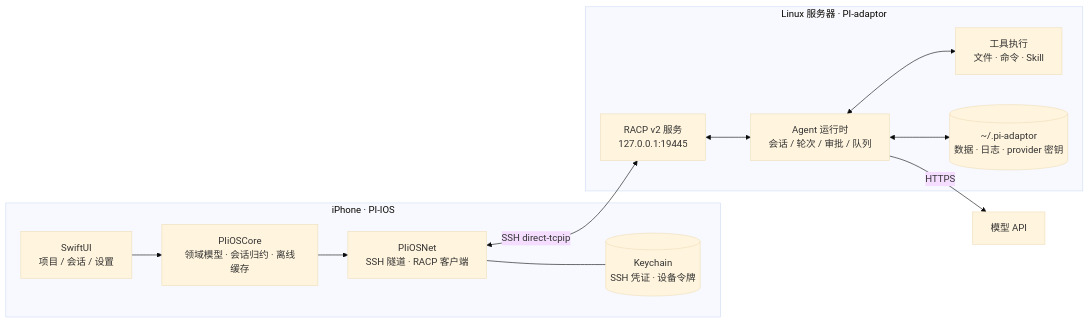
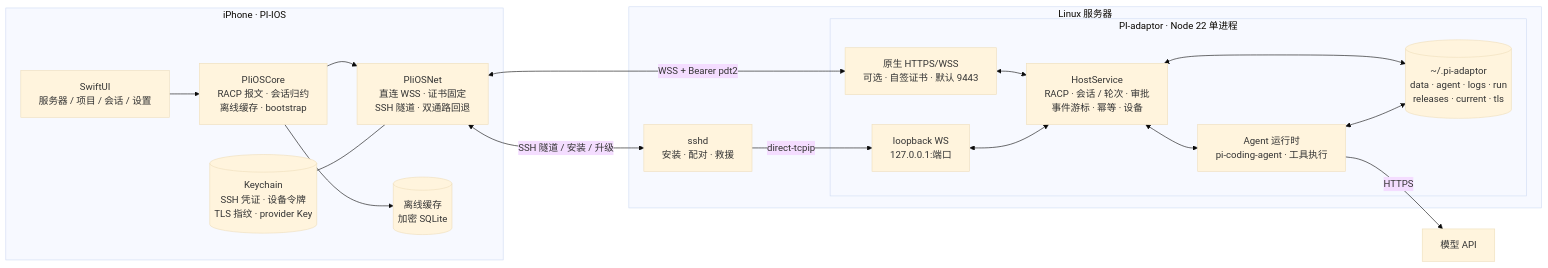
Before and after one commit to RuidongWang/PI-IOS: the first of 2 diagrams in README.md, drawn with Mermaid (base theme). The commit also changed other lines of this file and 26 other files, not shown here.

````diff
--- a/README.md
+++ b/README.md
@@ -47,26 +50,37 @@
 ```mermaid
 flowchart LR
     subgraph Phone["iPhone · PI-IOS"]
-        UI["SwiftUI<br/>项目 / 会话 / 设置"]
-        Net["PIiOSNet<br/>SSH 隧道 · RACP 客户端"]
-        Core["PIiOSCore<br/>领域模型 · 会话归约 · 离线缓存"]
-        Keychain[("Keychain<br/>SSH 凭证 · 设备令牌")]
+        UI["SwiftUI<br/>服务器 / 项目 / 会话 / 设置"]
+        Core["PIiOSCore<br/>RACP 报文 · 会话归约<br/>离线缓存 · bootstrap"]
+        Net["PIiOSNet<br/>直连 WSS · 证书固定<br/>SSH 隧道 · 双通路回退"]
+        Cache[("离线缓存<br/>加密 SQLite")]
+        Keychain[("Keychain<br/>SSH 凭证 · 设备令牌<br/>TLS 指纹 · provider Key")]
     end
 
-    subgraph Host["Linux 服务器 · PI-adaptor"]
-        Server["RACP v2 服务<br/>127.0.0.1:19445"]
-        Agent["Agent 运行时<br/>会话 / 轮次 / 审批 / 队列"]
-        Tools["工具执行<br/>文件 · 命令 · Skill"]
-        Store[("~/.pi-adaptor<br/>数据 · 日志 · provider 密钥")]
+    subgraph Linux["Linux 服务器"]
+        SSHd["sshd<br/>安装 · 配对 · 救援"]
+        subgraph Adaptor["PI-adaptor · Node 22 单进程"]
+            Direct["原生 HTTPS/WSS<br/>可选 · 自签证书 · 默认 9443"]
+            Loopback["loopback WS<br/>127.0.0.1:端口"]
+            Service["HostService<br/>RACP · 会话 / 轮次 · 审批<br/>事件游标 · 幂等 · 设备"]
+            Agent["Agent 运行时<br/>pi-coding-agent · 工具执行"]
+            Store[("~/.pi-adaptor<br/>data · agent · logs · run<br/>releases · current · tls")]
+        end
     end
 
     Model["模型 API"]
 
-    UI --> Core --> Net
-    Net --- Keychain
-    Net <-->|"SSH direct-tcpip"| Server
-    Server <--> Agent
-    Agent <--> Tools
+    UI --> Core
+    Core --> Cache
+    Core --> Net
+    Keychain --- Net
+    Net <-->|"WSS + Bearer pdt2"| Direct
+    Net <-->|"SSH 隧道 / 安装 / 升级"| SSHd
+    SSHd -->|"direct-tcpip"| Loopback
+    Direct <--> Service
+    Loopback <--> Service
+    Service <--> Agent
+    Service <--> Store
     Agent <--> Store
     Agent -->|"HTTPS"| Model
 ```
````
